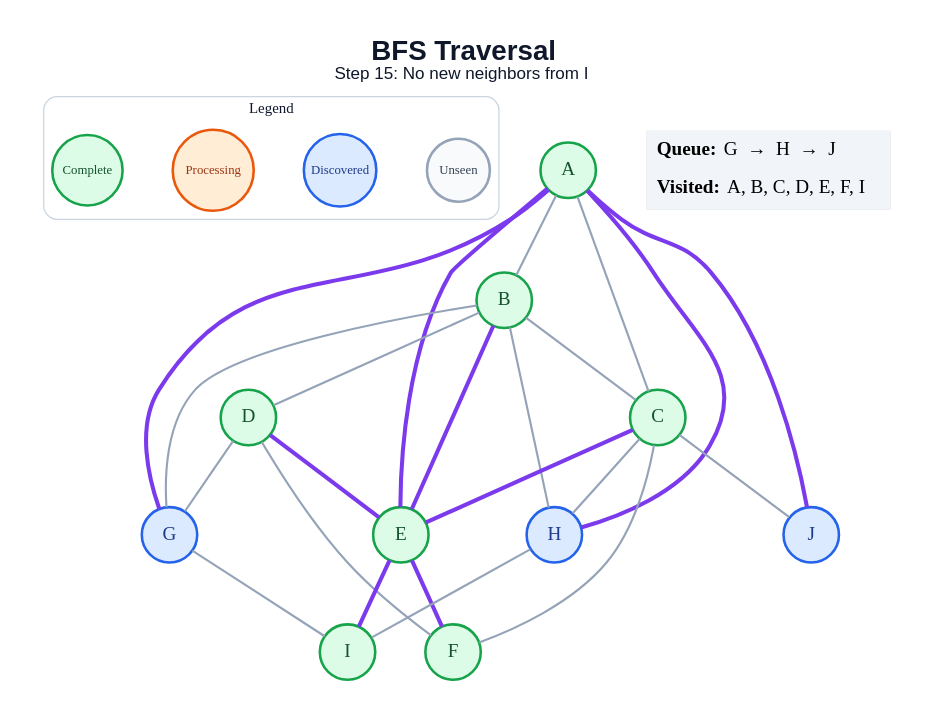
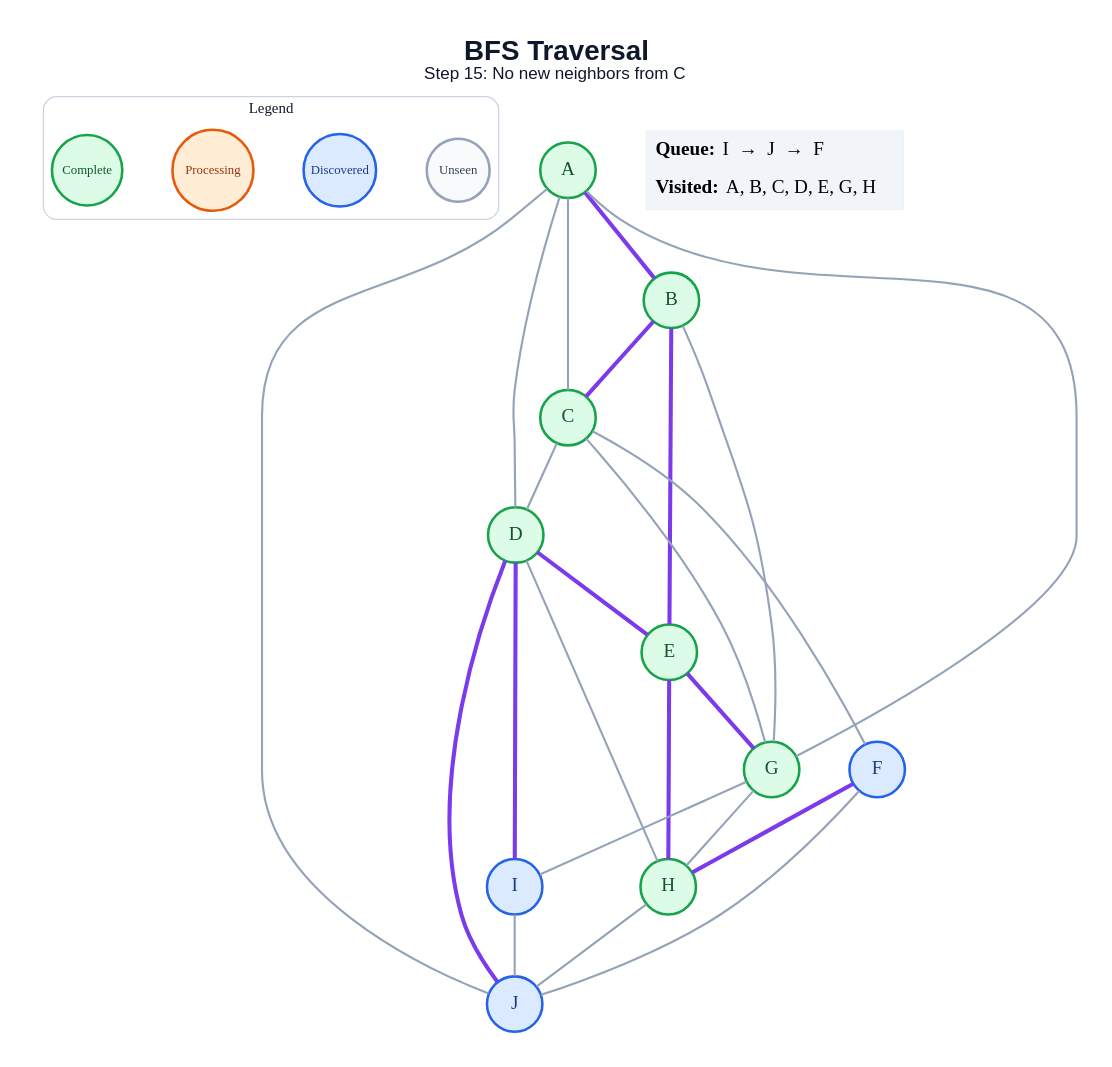
One commit to anon7238593-create/ai-slop changed the diagram in generated/specific-node/bfs/step_15.dot. Above: the diagram before and after it, drawn with Graphviz. The commit also changed 178 other files, not shown here.

```diff
--- a/generated/specific-node/bfs/step_15.dot
+++ b/generated/specific-node/bfs/step_15.dot
@@ -1,51 +1,52 @@
 graph traversal {
   graph [layout=dot, rankdir=TB, bgcolor="#FFFFFF", pad="0.35", nodesep="0.65", ranksep="0.8", fontname="Arial"];
   node [shape=circle, style="filled", fontname="Arial Bold", fontsize=18, width=0.72, fixedsize=true, penwidth=2.4];
   edge [color="#94A3B8", penwidth=2.0];
-  label=<<B>BFS Traversal</B><BR/><FONT POINT-SIZE="16">Step 15: No new neighbors from I</FONT>>; labelloc="t"; fontsize=26; fontname="Arial"; fontcolor="#0F172A";
+  label=<<B>BFS Traversal</B><BR/><FONT POINT-SIZE="16">Step 15: No new neighbors from C</FONT>>; labelloc="t"; fontsize=26; fontname="Arial"; fontcolor="#0F172A";
   subgraph cluster_legend { label="Legend"; color="#CBD5E1"; penwidth=1.2; style="rounded"; fontsize=14; fontname="Arial Bold";
     key_unseen [label="Unseen", fillcolor="#F8FAFC", color="#94A3B8", fontcolor="#334155", fontsize=12, width=0.82];
     key_frontier [label="Discovered", fillcolor="#DBEAFE", color="#2563EB", fontcolor="#1E3A8A", fontsize=12, width=0.95];
     key_current [label="Processing", fillcolor="#FFEDD5", color="#EA580C", fontcolor="#9A3412", fontsize=12, width=1.05];
     key_done [label="Complete", fillcolor="#DCFCE7", color="#16A34A", fontcolor="#14532D", fontsize=12, width=0.92];
     { rank=same; key_unseen; key_frontier; key_current; key_done; }
   }
   A [fillcolor="#DCFCE7", color="#16A34A", fontcolor="#14532D"];
   B [fillcolor="#DCFCE7", color="#16A34A", fontcolor="#14532D"];
   C [fillcolor="#DCFCE7", color="#16A34A", fontcolor="#14532D"];
   D [fillcolor="#DCFCE7", color="#16A34A", fontcolor="#14532D"];
   E [fillcolor="#DCFCE7", color="#16A34A", fontcolor="#14532D"];
-  F [fillcolor="#DCFCE7", color="#16A34A", fontcolor="#14532D"];
-  G [fillcolor="#DBEAFE", color="#2563EB", fontcolor="#1E3A8A"];
-  H [fillcolor="#DBEAFE", color="#2563EB", fontcolor="#1E3A8A"];
-  I [fillcolor="#DCFCE7", color="#16A34A", fontcolor="#14532D"];
+  F [fillcolor="#DBEAFE", color="#2563EB", fontcolor="#1E3A8A"];
+  G [fillcolor="#DCFCE7", color="#16A34A", fontcolor="#14532D"];
+  H [fillcolor="#DCFCE7", color="#16A34A", fontcolor="#14532D"];
+  I [fillcolor="#DBEAFE", color="#2563EB", fontcolor="#1E3A8A"];
   J [fillcolor="#DBEAFE", color="#2563EB", fontcolor="#1E3A8A"];
-  A -- B;
+  A -- B [color="#7C3AED", penwidth=3.8];
   A -- C;
-  A -- E [color="#7C3AED", penwidth=3.8];
-  A -- G [color="#7C3AED", penwidth=3.8];
-  A -- H [color="#7C3AED", penwidth=3.8];
-  A -- J [color="#7C3AED", penwidth=3.8];
-  B -- C;
-  B -- D;
+  A -- D;
+  A -- G;
+  A -- J;
+  B -- C [color="#7C3AED", penwidth=3.8];
   B -- E [color="#7C3AED", penwidth=3.8];
   B -- G;
-  B -- H;
-  C -- E [color="#7C3AED", penwidth=3.8];
+  C -- D;
   C -- F;
-  C -- H;
-  C -- J;
+  C -- G;
   D -- E [color="#7C3AED", penwidth=3.8];
-  D -- F;
-  D -- G;
-  E -- F [color="#7C3AED", penwidth=3.8];
-  E -- I [color="#7C3AED", penwidth=3.8];
+  D -- H;
+  D -- I [color="#7C3AED", penwidth=3.8];
+  D -- J [color="#7C3AED", penwidth=3.8];
+  E -- G [color="#7C3AED", penwidth=3.8];
+  E -- H [color="#7C3AED", penwidth=3.8];
+  F -- H [color="#7C3AED", penwidth=3.8];
+  F -- J;
+  G -- H;
   G -- I;
-  H -- I;
+  H -- J;
+  I -- J;
   status [shape=plain, fixedsize=false, width=0, height=0, margin=0, label=<
     <TABLE BORDER="0" CELLBORDER="0" CELLPADDING="7" BGCOLOR="#F1F5F9">
-      <TR><TD ALIGN="LEFT"><B>Queue:</B> G  →  H  →  J</TD></TR>
-      <TR><TD ALIGN="LEFT"><B>Visited:</B> A, B, C, D, E, F, I</TD></TR>
+      <TR><TD ALIGN="LEFT"><B>Queue:</B> I  →  J  →  F</TD></TR>
+      <TR><TD ALIGN="LEFT"><B>Visited:</B> A, B, C, D, E, G, H</TD></TR>
     </TABLE>
   >];
 }
```
